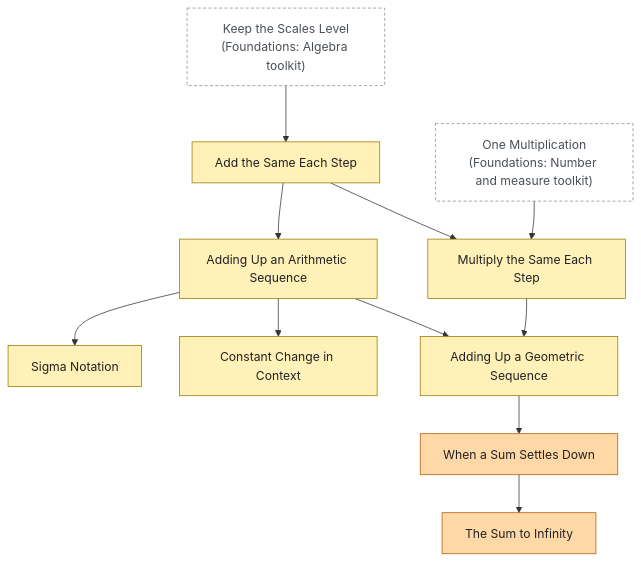
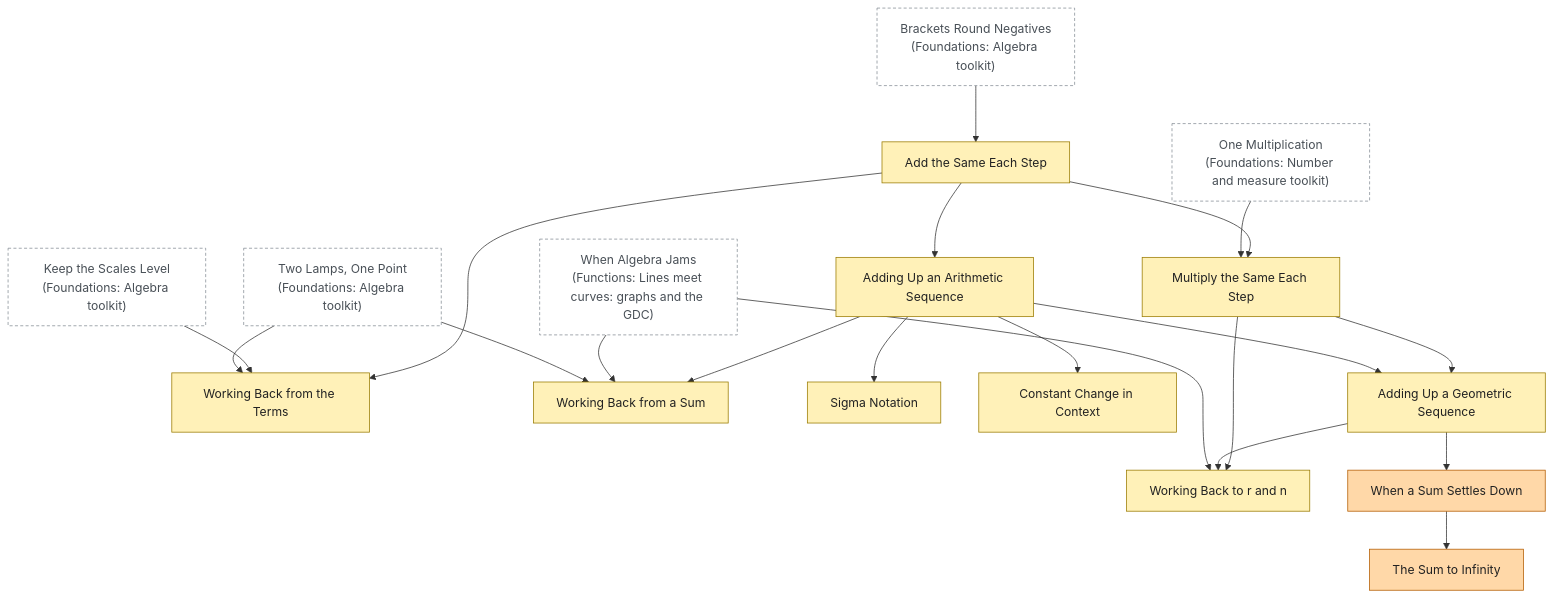
The sixth of 53 diagrams in curriculum/EXPLAINERS.md (RktRobinhood/wasteland-academy), drawn with Mermaid before and after one commit. The commit also changed other lines of this file and 11 other files, not shown here.

````diff
--- a/curriculum/EXPLAINERS.md
+++ b/curriculum/EXPLAINERS.md
@@ -552,26 +555,41 @@
 ```mermaid
 flowchart TD
   algebra_arithmetic_sequence["Add the Same Each Step"]:::core
+  algebra_arithmetic_from_terms["Working Back from the Terms"]:::core
   algebra_arithmetic_series["Adding Up an Arithmetic Sequence"]:::core
+  algebra_arithmetic_sum_unknown["Working Back from a Sum"]:::core
   algebra_sigma_notation["Sigma Notation"]:::core
   algebra_arithmetic_model["Constant Change in Context"]:::core
   algebra_geometric_sequence["Multiply the Same Each Step"]:::core
   algebra_geometric_series["Adding Up a Geometric Sequence"]:::core
+  algebra_geometric_from_terms["Working Back to r and n"]:::core
   algebra_convergence["When a Sum Settles Down"]:::aa_ai_hl
   algebra_sum_to_infinity["The Sum to Infinity"]:::aa_ai_hl
+  foundations_pre_substitute["Brackets Round Negatives<br/>(Foundations: Algebra toolkit)"]:::outside
   foundations_pre_balance["Keep the Scales Level<br/>(Foundations: Algebra toolkit)"]:::outside
+  foundations_pre_simultaneous["Two Lamps, One Point<br/>(Foundations: Algebra toolkit)"]:::outside
+  functions_gdc_solve["When Algebra Jams<br/>(Functions: Lines meet curves: graphs and the GDC)"]:::outside
   foundations_pre_percent_multiplier["One Multiplication<br/>(Foundations: Number and measure toolkit)"]:::outside
-  foundations_pre_balance --> algebra_arithmetic_sequence
+  foundations_pre_substitute --> algebra_arithmetic_sequence
+  algebra_arithmetic_sequence --> algebra_arithmetic_from_terms
+  foundations_pre_balance --> algebra_arithmetic_from_terms
+  foundations_pre_simultaneous --> algebra_arithmetic_from_terms
   algebra_arithmetic_sequence --> algebra_arithmetic_series
+  algebra_arithmetic_series --> algebra_arithmetic_sum_unknown
+  functions_gdc_solve --> algebra_arithmetic_sum_unknown
+  foundations_pre_simultaneous --> algebra_arithmetic_sum_unknown
   algebra_arithmetic_series --> algebra_sigma_notation
   algebra_arithmetic_series --> algebra_arithmetic_model
   algebra_arithmetic_sequence --> algebra_geometric_sequence
   foundations_pre_percent_multiplier --> algebra_geometric_sequence
   algebra_geometric_sequence --> algebra_geometric_series
   algebra_arithmetic_series --> algebra_geometric_series
+  algebra_geometric_sequence --> algebra_geometric_from_terms
+  algebra_geometric_series --> algebra_geometric_from_terms
+  functions_gdc_solve --> algebra_geometric_from_terms
   algebra_geometric_series --> algebra_convergence
   algebra_convergence --> algebra_sum_to_infinity
   classDef core fill:#fff1b8,stroke:#9a7b00,color:#222
   classDef aa_ai_hl fill:#ffd8a8,stroke:#b35c00,color:#222
   classDef outside fill:#ffffff,stroke:#868e96,stroke-dasharray:4 3,color:#495057
 ```
````
